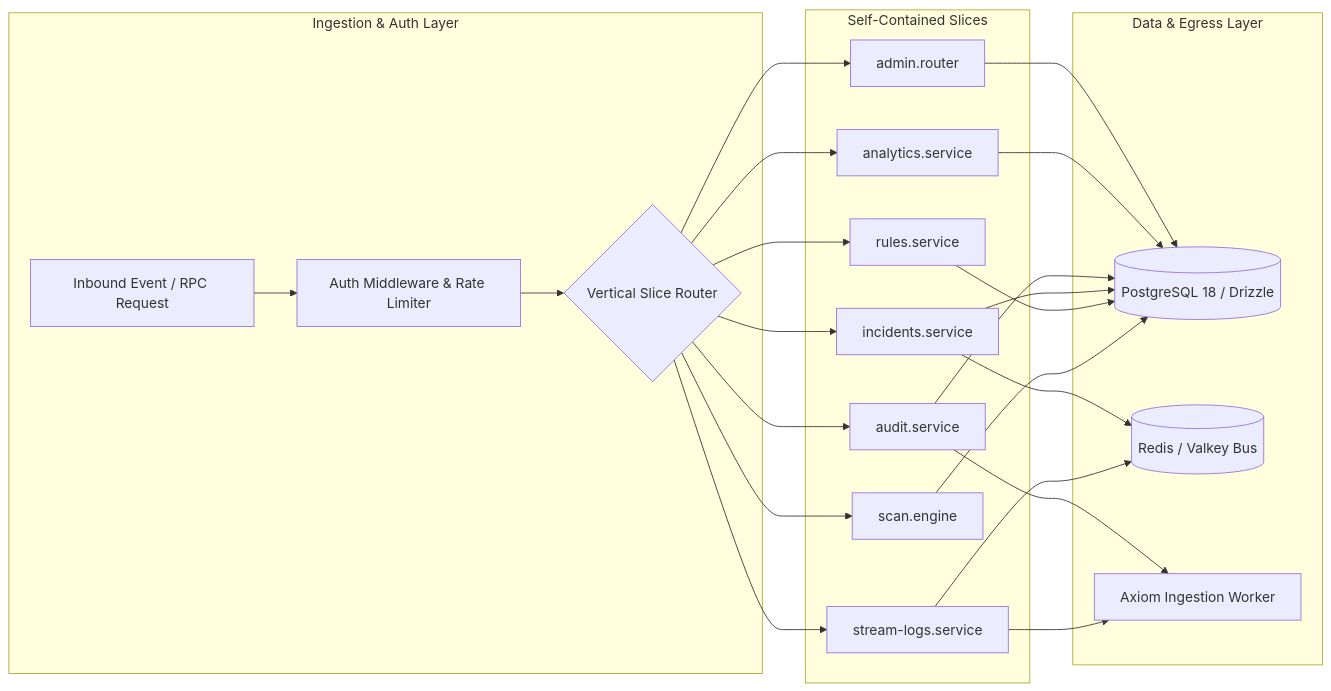
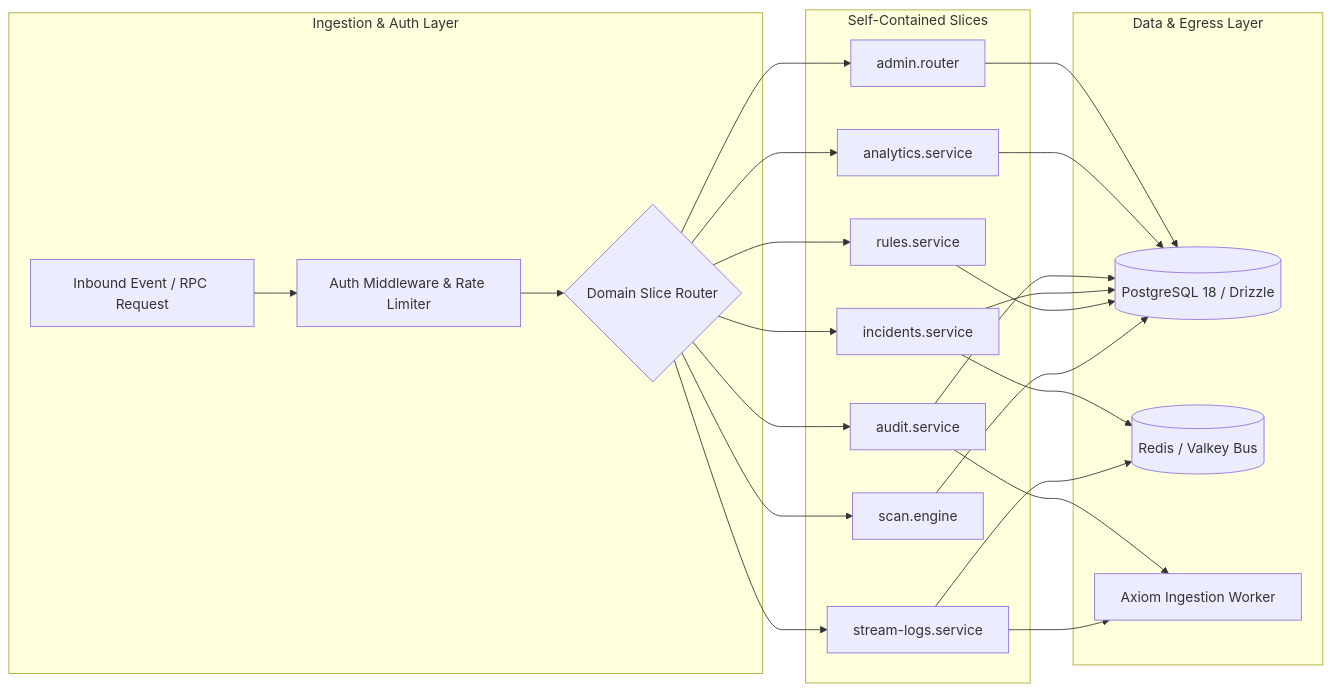
The diagram in apps/siem-server/README.md (doxynix/doxynix), drawn with Mermaid before and after one commit. The commit also changed other lines of this file and 36 other files, not shown here.

````diff
--- a/apps/siem-server/README.md
+++ b/apps/siem-server/README.md
@@ -36,23 +36,23 @@
 ```mermaid
 flowchart LR
     subgraph Ingestion [" Ingestion & Auth Layer "]
         REQ[Inbound Event / RPC Request] --> MW[Auth Middleware & Rate Limiter]
-        MW --> ROUTER{Vertical Slice Router}
+        MW --> ROUTER{Domain Slice Router}
     end
 
     subgraph Slices [" Self-Contained Slices "]
         ROUTER --> S1[admin.router]
         ROUTER --> S2[analytics.service]
         ROUTER --> S3[audit.service]
         ROUTER --> S4[incidents.service]
         ROUTER --> S5[rules.service]
         ROUTER --> S6[scan.engine]
         ROUTER --> S7[stream-logs.service]
     end
 
     subgraph Data [" Data & Egress Layer "]
         S1 & S2 & S3 & S4 & S5 & S6 --> DB[(PostgreSQL 18 / Drizzle)]
         S4 & S7 --> BUS[(Redis / Valkey Bus)]
         S3 & S7 --> AXIOM[Axiom Ingestion Worker]
     end
 ```
````
